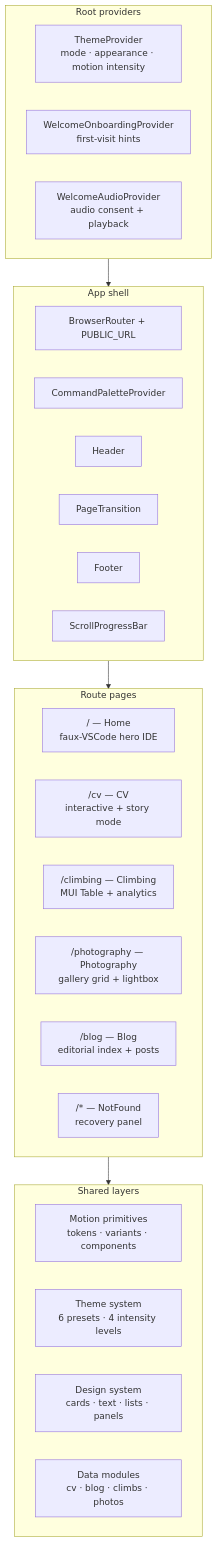
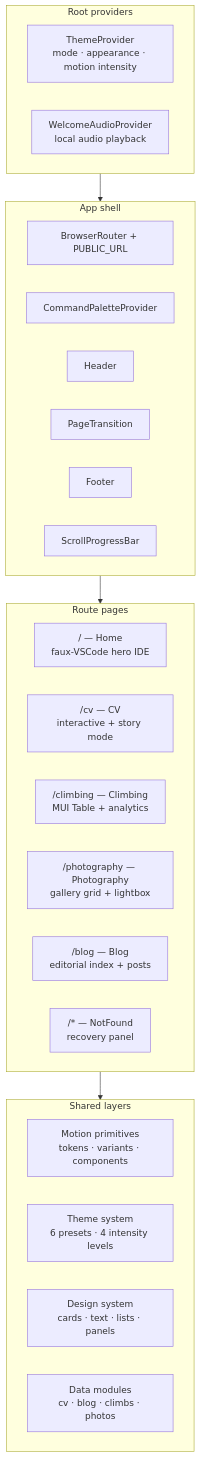
One commit to danphenderson/dev-danhenderson changed the diagram in docs/README.md. Above: the diagram before and after it, drawn with Mermaid. The commit also changed 106 other files, not shown here.

````diff
--- a/docs/README.md
+++ b/docs/README.md
@@ -36,37 +36,36 @@
 ```mermaid
 flowchart TB
   subgraph Providers["Root providers"]
     TP[ThemeProvider<br/>mode · appearance · motion intensity]
-    WO[WelcomeOnboardingProvider<br/>first-visit hints]
-    WA[WelcomeAudioProvider<br/>audio consent + playback]
+    WA[WelcomeAudioProvider<br/>local audio playback]
   end
 
   subgraph Shell["App shell"]
     Router[BrowserRouter + PUBLIC_URL]
     CP[CommandPaletteProvider]
     Header
     PT[PageTransition]
     Footer
     SPB[ScrollProgressBar]
   end
 
   subgraph Routes["Route pages"]
     Home["/ — Home<br/>faux-VSCode hero IDE"]
     CV["/cv — CV<br/>interactive + story mode"]
     Climbing["/climbing — Climbing<br/>MUI Table + analytics"]
     Photography["/photography — Photography<br/>gallery grid + lightbox"]
     Blog["/blog — Blog<br/>editorial index + posts"]
     NF["/* — NotFound<br/>recovery panel"]
   end
 
   subgraph Shared["Shared layers"]
     Motion["Motion primitives<br/>tokens · variants · components"]
     Theme["Theme system<br/>6 presets · 4 intensity levels"]
     DS["Design system<br/>cards · text · lists · panels"]
     Data["Data modules<br/>cv · blog · climbs · photos"]
   end
 
   Providers --> Shell
   Shell --> Routes
   Routes --> Shared
 ```
````
